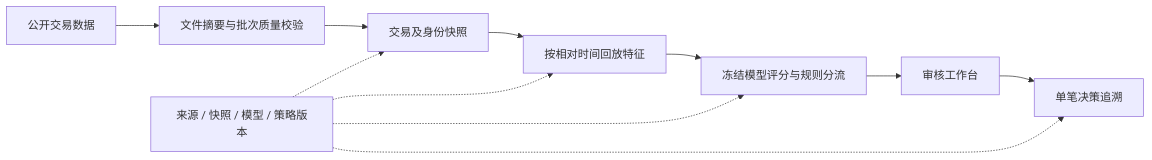
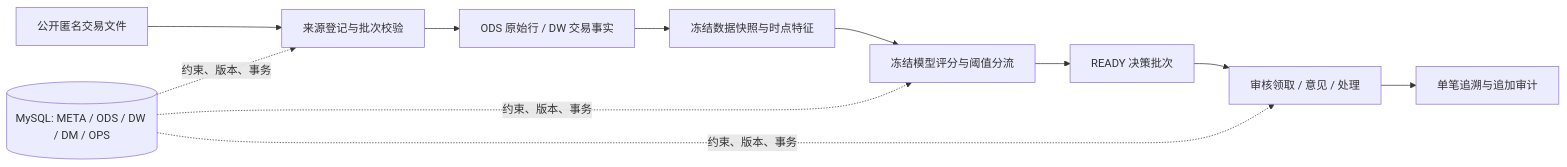
One commit to mutongsun/fraud-risk-platform-public changed the first of 2 diagrams in README.md. Above: the diagram before and after it, drawn with Mermaid. The commit also changed other lines of this file and 9 other files, not shown here.

````diff
--- a/README.md
+++ b/README.md
@@ -9,13 +31,13 @@
 ```mermaid
 flowchart LR
-  A[公开交易数据] --> B[文件摘要与批次质量校验]
-  B --> C[交易及身份快照]
-  C --> D[按相对时间回放特征]
-  D --> E[冻结模型评分与规则分流]
-  E --> F[审核工作台]
-  F --> G[单笔决策追溯]
-  H[来源 / 快照 / 模型 / 策略版本] -.-> C
-  H -.-> D
-  H -.-> E
-  H -.-> G
+  A[公开匿名交易文件] --> B[来源登记与批次校验]
+  B --> C[ODS 原始行 / DW 交易事实]
+  C --> D[冻结数据快照与时点特征]
+  D --> E[冻结模型评分与阈值分流]
+  E --> F[READY 决策批次]
+  F --> G[审核领取 / 意见 / 处理]
+  G --> H[单笔追溯与追加审计]
+  M[(MySQL: META / ODS / DW / DM / OPS)] -.约束、版本、事务.-> B
+  M -.约束、版本、事务.-> E
+  M -.约束、版本、事务.-> G
 ```
````
